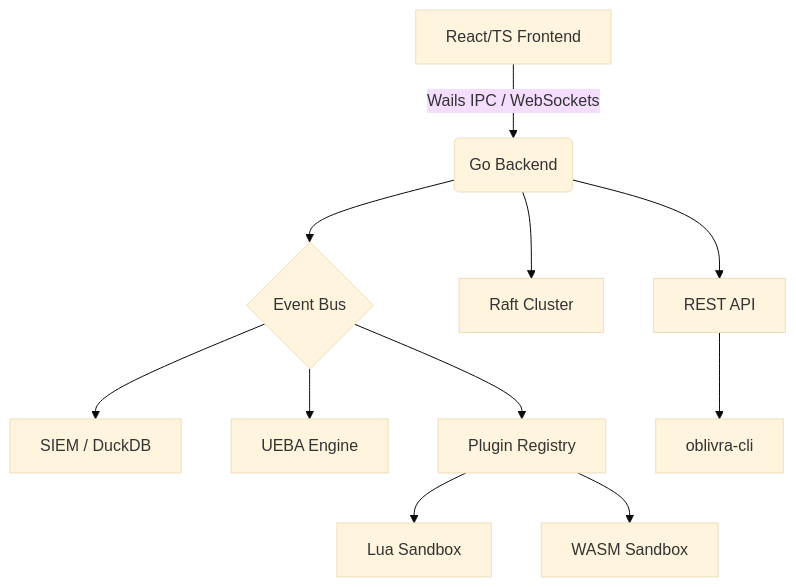
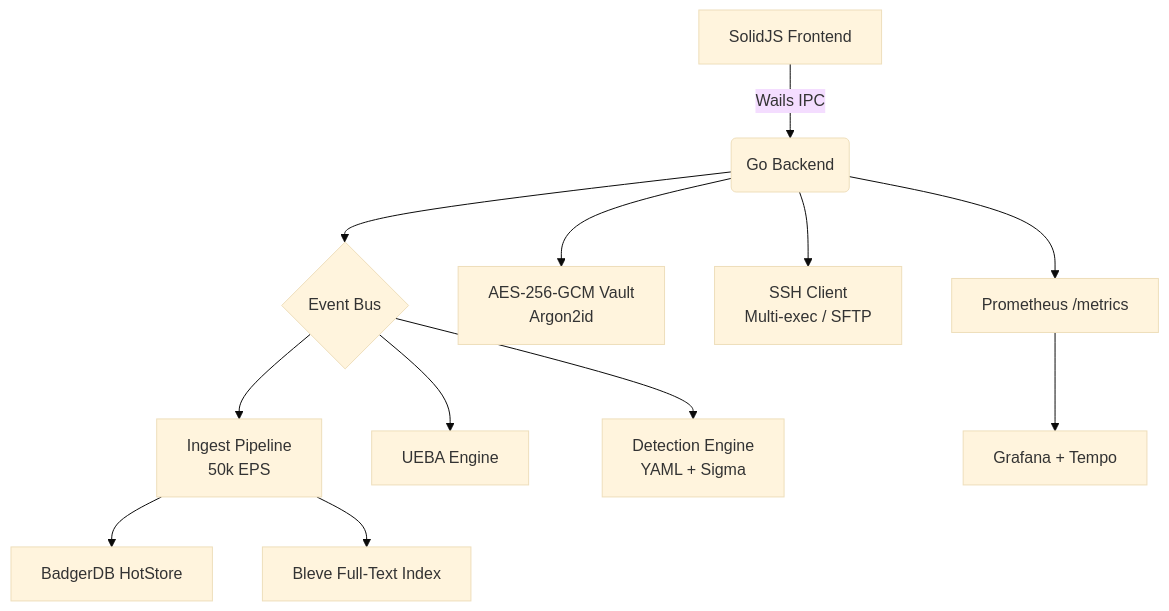
Before and after one commit to libyan-cooperation-org/oblivra: the diagram in README.md, drawn with Mermaid (base theme). The commit also changed other lines of this file and 14 other files, not shown here.

````diff
--- a/README.md
+++ b/README.md
@@ -30,13 +146,14 @@
 ```mermaid
 graph TD
-    A[React/TS Frontend] -->|Wails IPC / WebSockets| B(Go Backend)
+    A[SolidJS Frontend] -->|Wails IPC| B(Go Backend)
     B --> C{Event Bus}
-    C --> D[SIEM / DuckDB]
+    C --> D[Ingest Pipeline\n50k EPS]
     C --> E[UEBA Engine]
-    C --> F[Plugin Registry]
-    F --> G[Lua Sandbox]
-    F --> H[WASM Sandbox]
-    B --> I[Raft Cluster]
-    B --> J[REST API]
-    J --> K[oblivra-cli]
+    C --> F[Detection Engine\nYAML + Sigma]
+    D --> G[BadgerDB HotStore]
+    D --> H[Bleve Full-Text Index]
+    B --> I[AES-256-GCM Vault\nArgon2id]
+    B --> J[SSH Client\nMulti-exec / SFTP]
+    B --> K[Prometheus /metrics]
+    K --> L[Grafana + Tempo]
 ```
````
